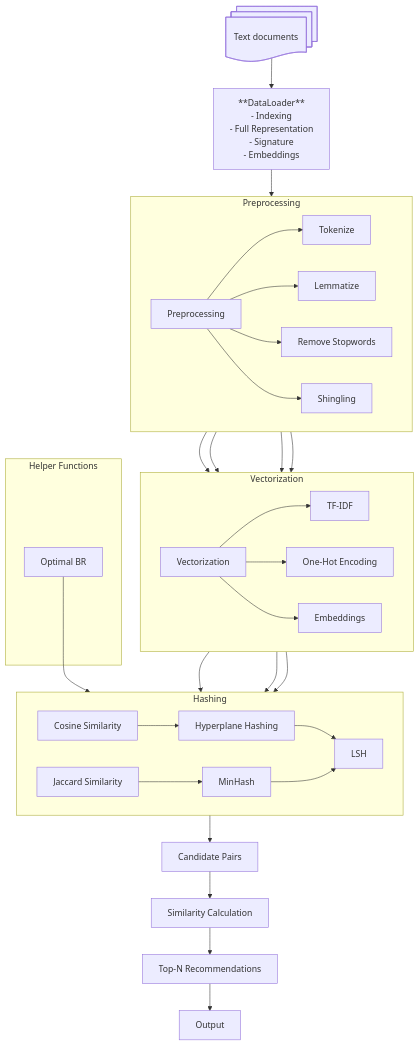
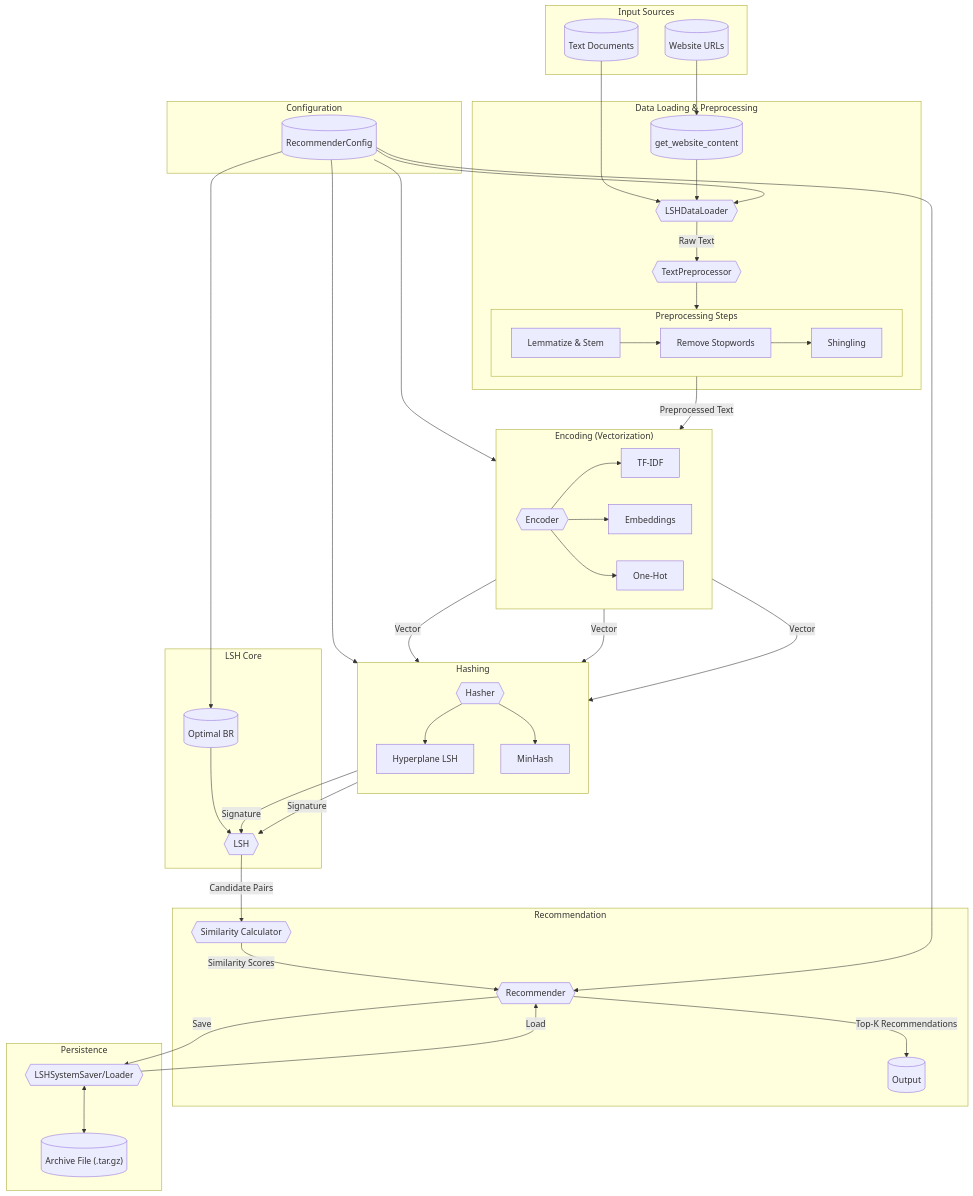
The diagram in README.md (mxngjxa/lshrs), drawn with Mermaid before and after one commit. The commit also changed other lines of this file and 1 other file, not shown here.

Commit message:
updated graphs

````diff
--- a/README.md
+++ b/README.md
@@ -150,54 +151,92 @@
   layout: dagre
 ---
 flowchart TD
-
-    A@{ shape: docs, label: "Text documents" }
-
-    A --> B["**DataLoader**
-    - Indexing
-    - Full Representation
-    - Signature
-    - Embeddings"]
-
-    B --> C["Preprocessing"]
-
-    subgraph Preprocessing
-        direction LR
-        C --> D["Tokenize"]
-        C --> E["Lemmatize"]
-        C --> F["Remove Stopwords"]
-        C --> G["Shingling"]
+    subgraph "Input Sources"
+        A[("Text Documents")]
+        B[("Website URLs")]
     end
 
-    D & E & F & G --> H["Vectorization"]
-
-    subgraph Vectorization
-        direction LR
-        H --> I["TF-IDF"]
-        H --> J["One-Hot Encoding"]
-        H --> K["Embeddings"]
+    subgraph "Configuration"
+        C[("RecommenderConfig")]
     end
 
-    I --> L["Cosine Similarity"]
-    J --> M["Jaccard Similarity"]
-    K --> L
+    subgraph "Data Loading & Preprocessing"
+        D{{"LSHDataLoader"}}
+        E{{"TextPreprocessor"}}
+        F[("get_website_content")]
 
-    subgraph Hashing
-        direction LR
-        L --> N["Hyperplane Hashing"]
-        M --> O["MinHash"]
-        N & O --> P["LSH"]
+        A --> D
+        B --> F --> D
+
+        D -- Raw Text --> E
+
+        subgraph "Preprocessing Steps"
+            direction LR
+            E1["Lemmatize & Stem"]
+            E2["Remove Stopwords"]
+            E3["Shingling"]
+        end
+
+        E --> E1 --> E2 --> E3
     end
 
-    P --> Q["Candidate Pairs"]
-    Q --> R["Similarity Calculation"]
-    R --> S["Top-N Recommendations"]
+    subgraph "Encoding (Vectorization)"
+        direction LR
+        G{{"Encoder"}}
+        H1["TF-IDF"]
+        H2["Embeddings"]
+        H3["One-Hot"]
 
-    S --> T["Output"]
+        E3 -- Preprocessed Text --> G
+        G --> H1
+        G --> H2
+        G --> H3
+    end
 
-    subgraph Helper Functions
-        U["Optimal BR"]
+    subgraph "Hashing"
+        direction TB
+        I{{"Hasher"}}
+        J1["Hyperplane LSH"]
+        J2["MinHash"]
 
-        U --> P
+        H1 -- Vector --> I
+        H2 -- Vector --> I
+        H3 -- Vector --> I
+
+        I --> J1
+        I --> J2
     end
+
+    subgraph "LSH Core"
+        K{{"LSH"}}
+        L[("Optimal BR")]
+
+        J1 -- Signature --> K
+        J2 -- Signature --> K
+        L --> K
+    end
+
+    subgraph "Recommendation"
+        M{{"Similarity Calculator"}}
+        N{{"Recommender"}}
+
+        K -- Candidate Pairs --> M
+        M -- Similarity Scores --> N
+        N -- Top-K Recommendations --> O[("Output")]
+    end
+
+    subgraph "Persistence"
+        P{{"LSHSystemSaver/Loader"}}
+        Q[("Archive File (.tar.gz)")]
+
+        N -- Save --> P
+        P -- Load --> N
+        P <--> Q
+    end
+
+    C --> D
+    C --> G
+    C --> I
+    C --> L
+    C --> N
 ```
````
